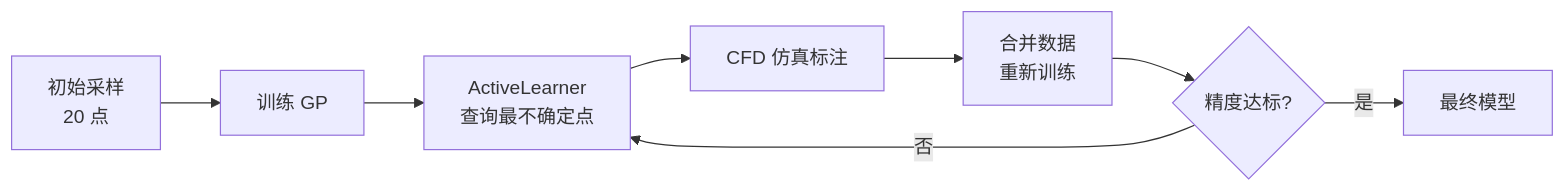
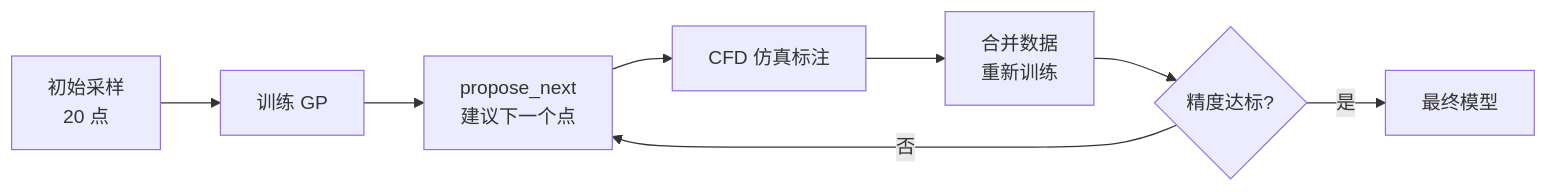
The diagram in docs/examples/active-learning.md (goodisok/prandtl), drawn with Mermaid before and after one commit. The commit also changed other lines of this file and 2 other files, not shown here.

Commit message:
docs: fix active-learning and soboloev API references to match actual code

````diff
--- a/docs/examples/active-learning.md
+++ b/docs/examples/active-learning.md
@@ -89,10 +95,10 @@
 ```mermaid
 flowchart LR
     A[初始采样<br/>20 点] --> B[训练 GP]
-    B --> C[ActiveLearner<br/>查询最不确定点]
+    B --> C[propose_next<br/>建议下一个点]
     C --> D[CFD 仿真标注]
     D --> E[合并数据<br/>重新训练]
     E --> F{精度达标?}
     F -->|否| C
     F -->|是| G[最终模型]
 ```
````
